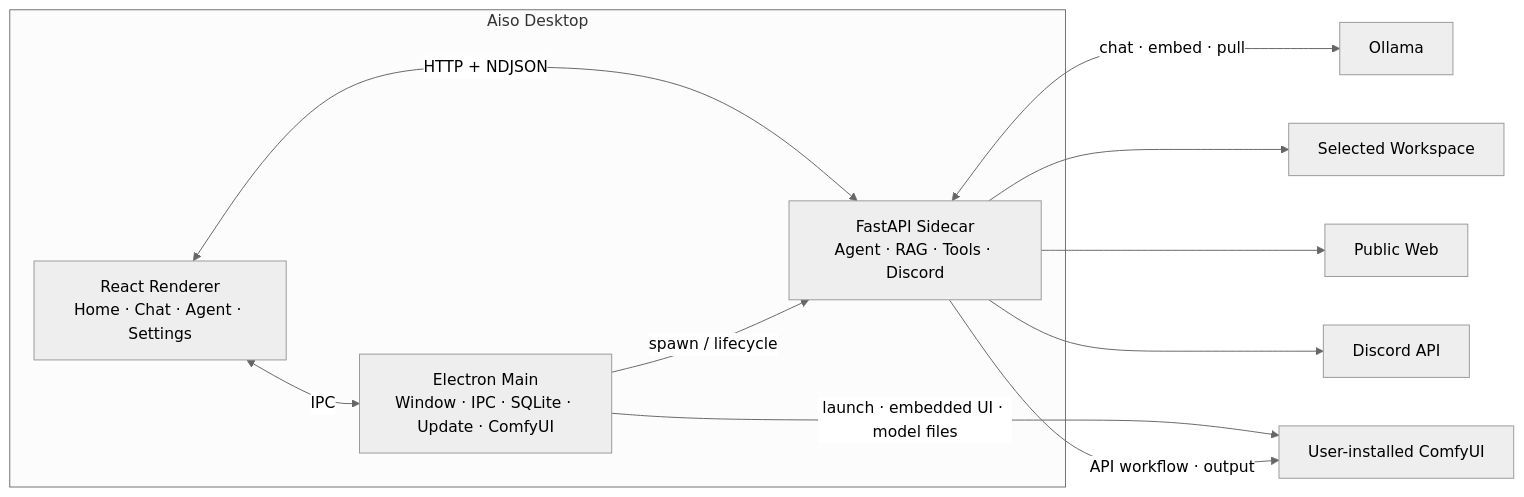
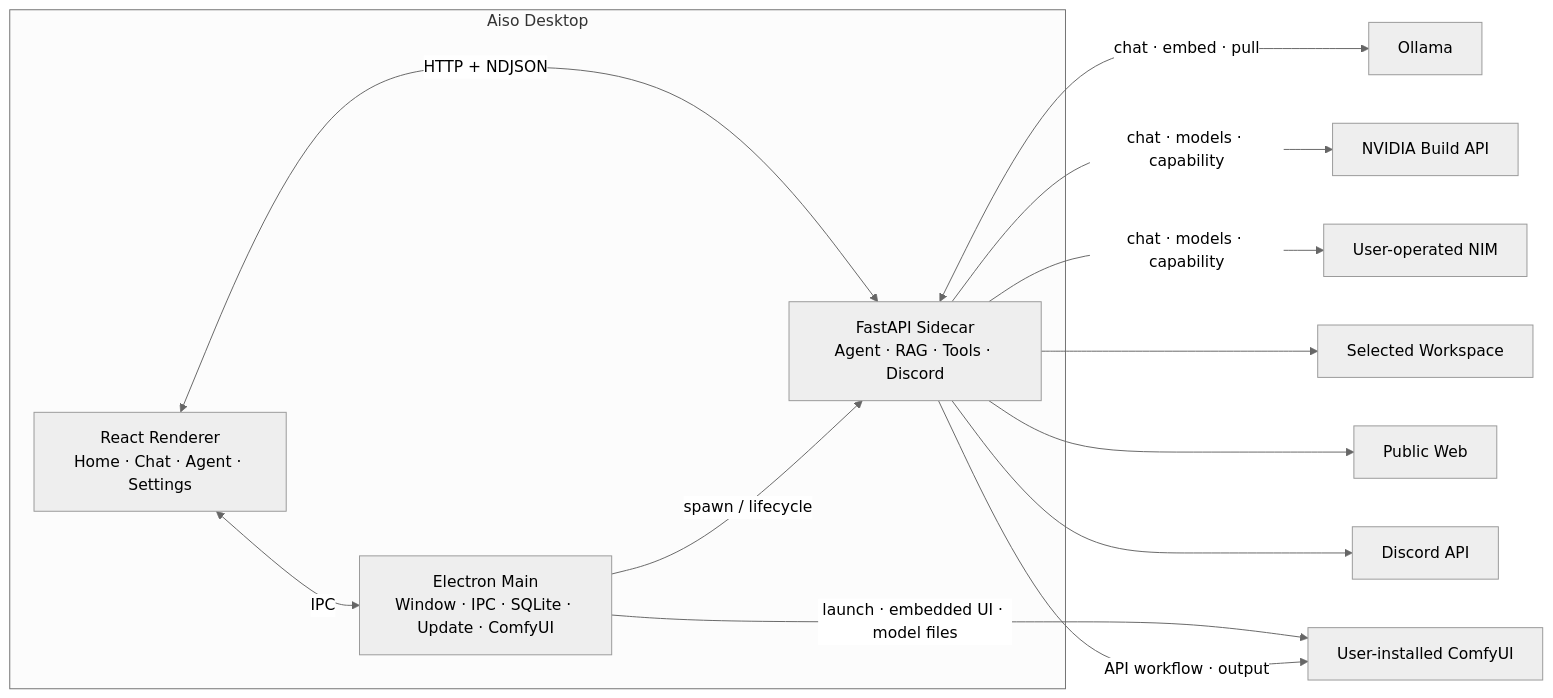
The diagram in README.md (devbin-lab/AISO), drawn with Mermaid (neutral theme) before and after one commit. The commit also changed other lines of this file and 5 other files, not shown here.

````diff
--- a/README.md
+++ b/README.md
@@ -304,18 +323,20 @@
 ```mermaid
 flowchart LR
     subgraph Desktop["Aiso Desktop"]
         Renderer["React Renderer<br/>Home · Chat · Agent · Settings"]
         Main["Electron Main<br/>Window · IPC · SQLite · Update · ComfyUI"]
         Sidecar["FastAPI Sidecar<br/>Agent · RAG · Tools · Discord"]
     end
 
     Renderer <-->|IPC| Main
     Renderer <-->|"HTTP + NDJSON"| Sidecar
     Main -->|"spawn / lifecycle"| Sidecar
     Sidecar <-->|"chat · embed · pull"| Ollama["Ollama"]
+    Sidecar -->|"chat · models · capability"| Build["NVIDIA Build API"]
+    Sidecar -->|"chat · models · capability"| NIM["User-operated NIM"]
     Sidecar --> Workspace["Selected Workspace"]
     Sidecar --> Web["Public Web"]
     Sidecar --> Discord["Discord API"]
     Main -->|"launch · embedded UI · model files"| ComfyUI["User-installed ComfyUI"]
     Sidecar -->|"API workflow · output"| ComfyUI
 ```
````
